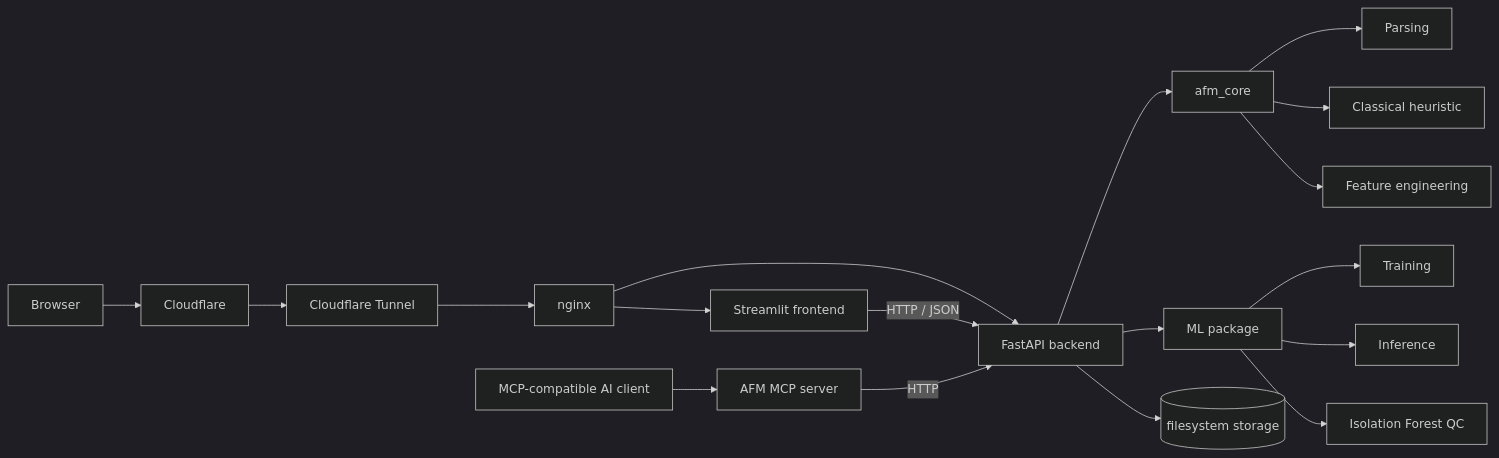
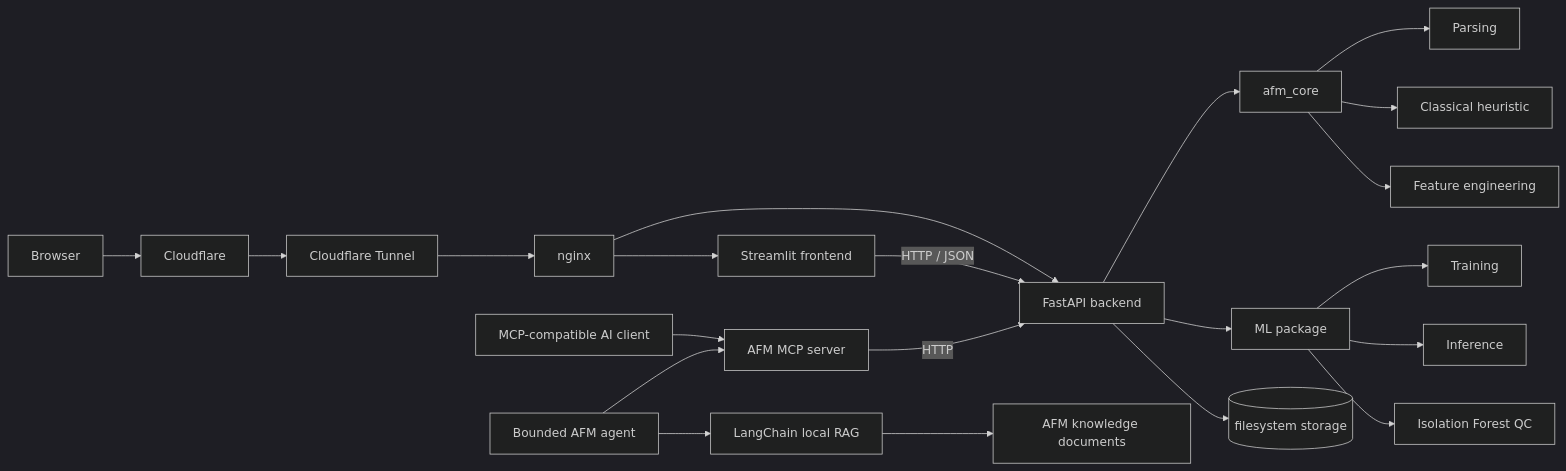
Before and after one commit to KashishMendiratta/afm-explorer: the diagram in README.md, drawn with Mermaid (dark theme). The commit also changed other lines of this file and 33 other files, not shown here.

Commit message:
Add autonomous AFM agent, RAG, and built-in demo

````diff
--- a/README.md
+++ b/README.md
@@ -50,26 +51,29 @@
 ```mermaid
 flowchart LR
     Browser["Browser"] --> CF["Cloudflare"]
     CF --> Tunnel["Cloudflare Tunnel"]
     Tunnel --> NGINX["nginx"]
 
     NGINX --> FE["Streamlit frontend"]
     NGINX --> API["FastAPI backend"]
 
     FE -->|HTTP / JSON| API
 
     API --> Core["afm_core"]
     API --> ML["ML package"]
     API --> Storage[("filesystem storage")]
 
     AI["MCP-compatible AI client"] --> MCP["AFM MCP server"]
+    Agent["Bounded AFM agent"] --> MCP
+    Agent --> RAG["LangChain local RAG"]
+    RAG --> Docs["AFM knowledge documents"]
     MCP -->|HTTP| API
 
     Core --> Parse["Parsing"]
     Core --> Heuristic["Classical heuristic"]
     Core --> Features["Feature engineering"]
 
     ML --> Train["Training"]
     ML --> Infer["Inference"]
     ML --> QC["Isolation Forest QC"]
 ```
````
